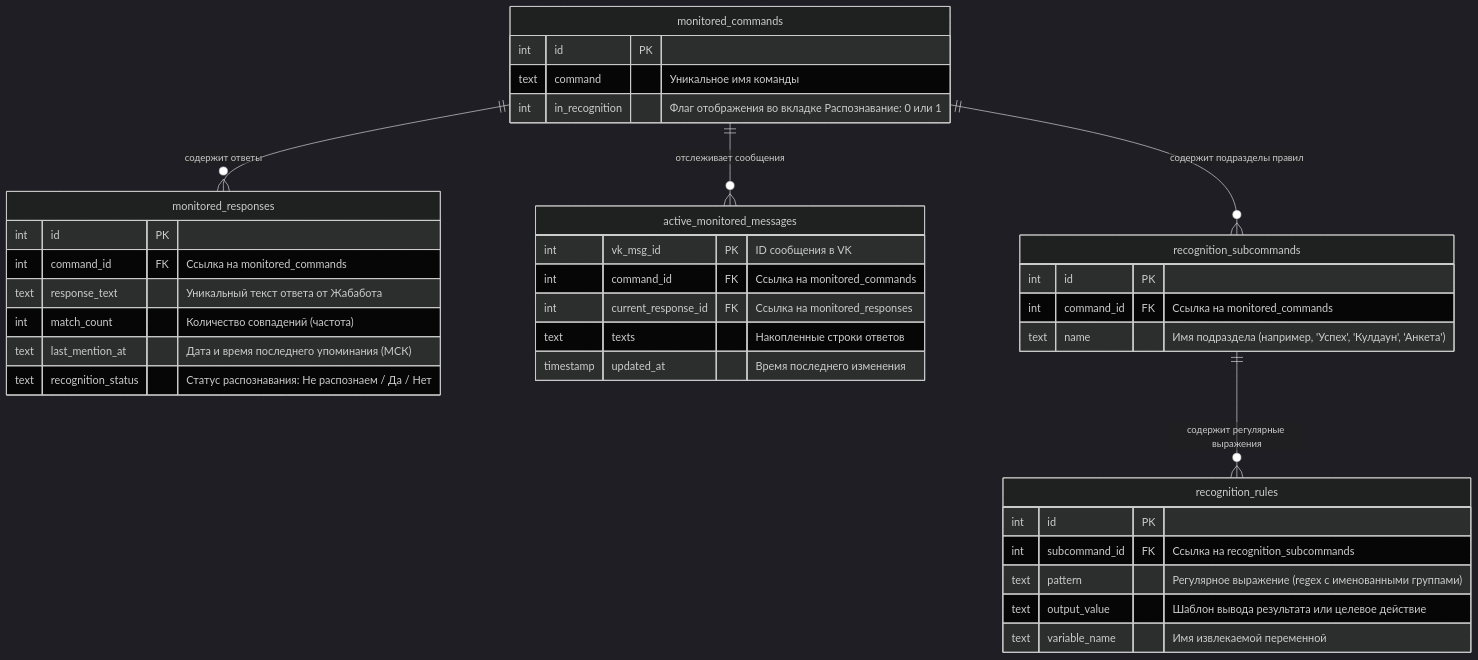
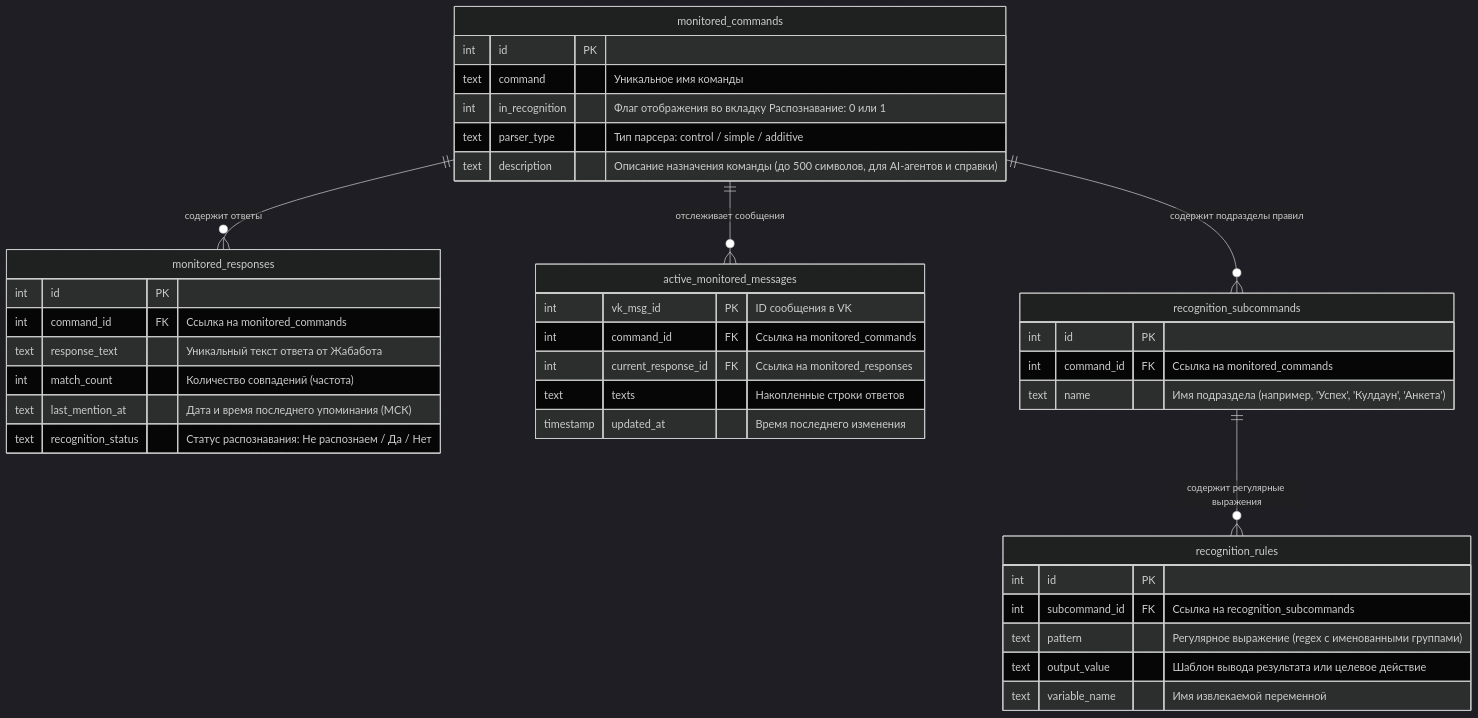
One commit to BodyDeBuilder/toad_bot changed the diagram in instructions.md. Above: the diagram before and after it, drawn with Mermaid (dark theme). The commit also changed other lines of this file and 12 other files, not shown here.

First line of the commit message:
feat: add parser_type classification, response_type handling, delta audit tab, description column

````diff
--- a/instructions.md
+++ b/instructions.md
@@ -24,44 +24,46 @@
 ```mermaid
 erDiagram
     monitored_commands ||--o{ monitored_responses : "содержит ответы"
     monitored_commands ||--o{ active_monitored_messages : "отслеживает сообщения"
     monitored_commands ||--o{ recognition_subcommands : "содержит подразделы правил"
     recognition_subcommands ||--o{ recognition_rules : "содержит регулярные выражения"
 
     monitored_commands {
         int id PK
         text command "Уникальное имя команды"
-        int in_recognition "Флаг отображения во вкладке Распознавание: 0 или 1"
+        int in_recognition "Флаг отображения во вкладку Распознавание: 0 или 1"
+        text parser_type "Тип парсера: control / simple / additive"
+        text description "Описание назначения команды (до 500 символов, для AI-агентов и справки)"
     }
 
     monitored_responses {
         int id PK
         int command_id FK "Ссылка на monitored_commands"
         text response_text "Уникальный текст ответа от Жабабота"
         int match_count "Количество совпадений (частота)"
         text last_mention_at "Дата и время последнего упоминания (МСК)"
         text recognition_status "Статус распознавания: Не распознаем / Да / Нет"
     }
 
     active_monitored_messages {
         int vk_msg_id PK "ID сообщения в VK"
         int command_id FK "Ссылка на monitored_commands"
         int current_response_id FK "Ссылка на monitored_responses"
         text texts "Накопленные строки ответов"
         timestamp updated_at "Время последнего изменения"
     }
 
     recognition_subcommands {
         int id PK
         int command_id FK "Ссылка на monitored_commands"
         text name "Имя подраздела (например, 'Успех', 'Кулдаун', 'Анкета')"
     }
 
     recognition_rules {
         int id PK
         int subcommand_id FK "Ссылка на recognition_subcommands"
         text pattern "Регулярное выражение (regex с именованными группами)"
         text output_value "Шаблон вывода результата или целевое действие"
         text variable_name "Имя извлекаемой переменной"
     }
 ```
````
